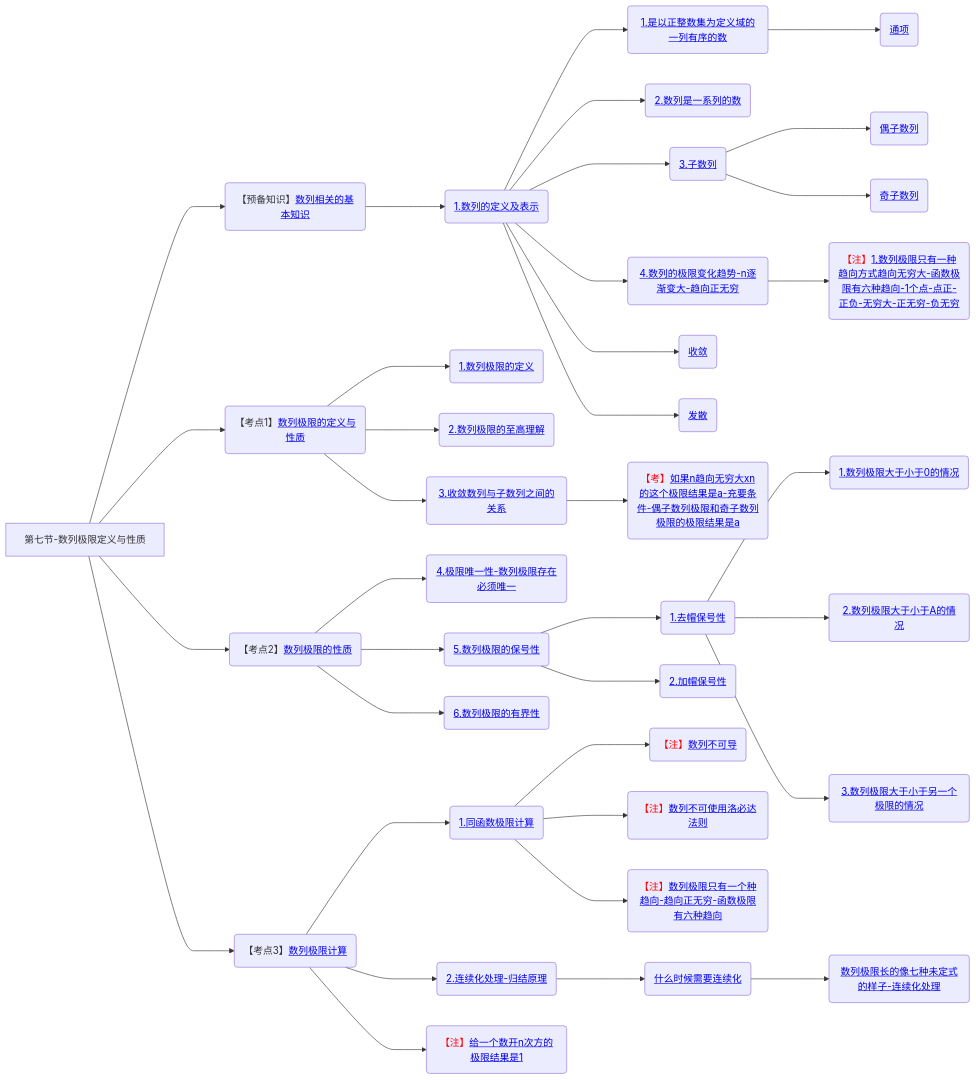
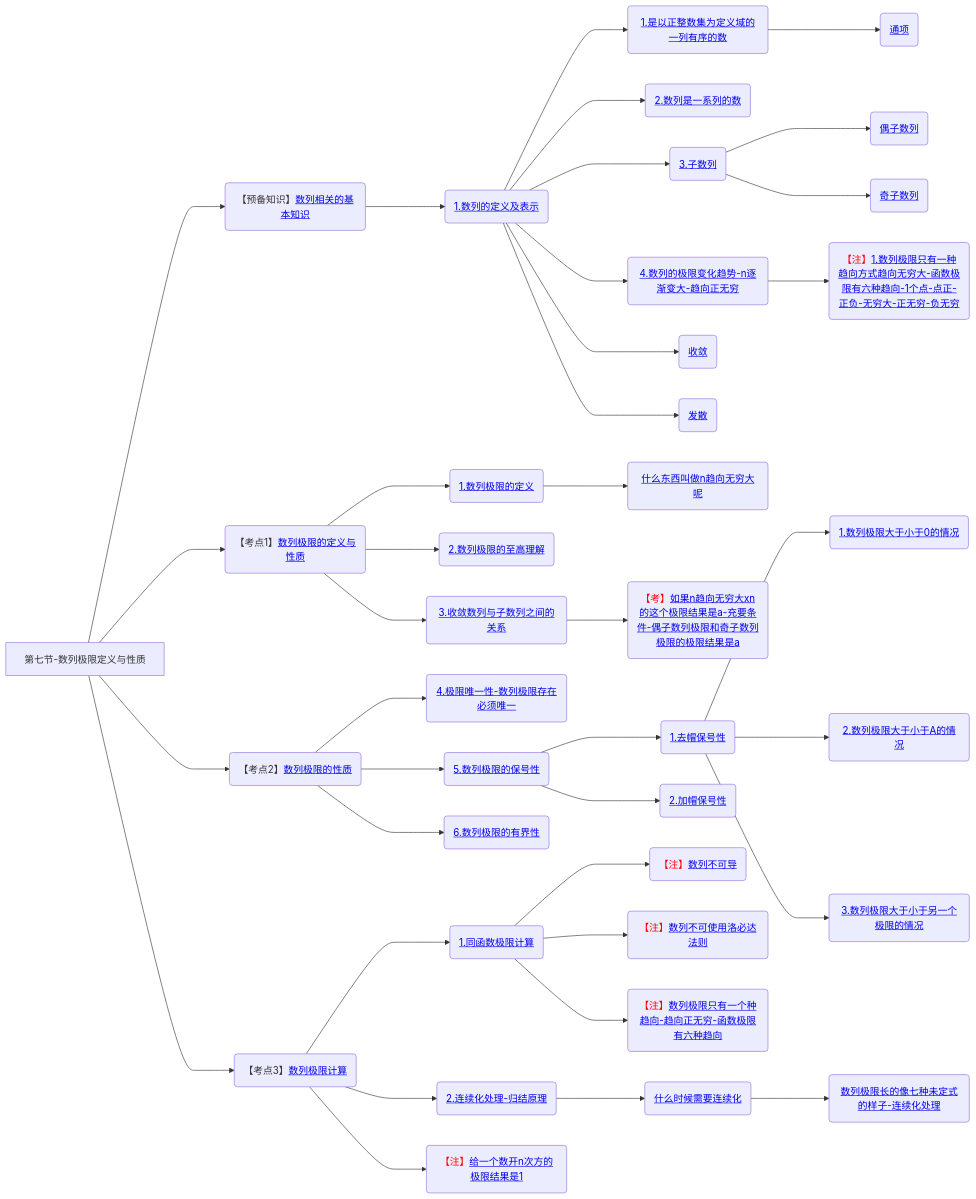
Before and after one commit to yuebinghui/note: the seventh of 7 diagrams in 笔记/数学/周洋鑫/01.基础班思维导图.md, drawn with Mermaid. The commit also changed 2 other files, not shown here.

Commit message:
Thu Oct 24 20:20:01 CST 2024

````diff
--- a/笔记/数学/周洋鑫/01.基础班思维导图.md
+++ b/笔记/数学/周洋鑫/01.基础班思维导图.md
@@ -255,50 +255,51 @@
 ```mermaid
 graph LR
 第七节-数列极限定义与性质
 
 第七节-数列极限定义与性质--->数列相关的基本知识(【预备知识】<a href="/Users/yuebinghui/Documents/program/github/note/笔记/数学/周洋鑫/基础班/07.数列极限定义与性质.md#数列相关的基本知识">数列相关的基本知识</>)
 数列相关的基本知识--->1.数列的定义及表示(<a href="/Users/yuebinghui/Documents/program/github/note/笔记/数学/周洋鑫/基础班/07.数列极限定义与性质.md#1.数列的定义及表示">1.数列的定义及表示</>)
 1.数列的定义及表示--->1.是以正整数集为定义域的一列有序的数(<a href="/Users/yuebinghui/Documents/program/github/note/笔记/数学/周洋鑫/基础班/07.数列极限定义与性质.md#1.是以正整数集为定义域的一列有序的数">1.是以正整数集为定义域的一列有序的数</>)
 1.是以正整数集为定义域的一列有序的数--->通项(<a href="/Users/yuebinghui/Documents/program/github/note/笔记/数学/周洋鑫/基础班/07.数列极限定义与性质.md#通项">通项</>)
 
 1.数列的定义及表示--->2.数列是一系列的数(<a href="/Users/yuebinghui/Documents/program/github/note/笔记/数学/周洋鑫/基础班/07.数列极限定义与性质.md#2.数列是一系列的数">2.数列是一系列的数</>)
 
 1.数列的定义及表示--->3.子数列(<a href="/Users/yuebinghui/Documents/program/github/note/笔记/数学/周洋鑫/基础班/07.数列极限定义与性质.md#3.子数列">3.子数列</>)
 3.子数列--->偶子数列(<a href="/Users/yuebinghui/Documents/program/github/note/笔记/数学/周洋鑫/基础班/07.数列极限定义与性质.md#偶子数列">偶子数列</>)
 3.子数列--->奇子数列(<a href="/Users/yuebinghui/Documents/program/github/note/笔记/数学/周洋鑫/基础班/07.数列极限定义与性质.md#奇子数列">奇子数列</>)
 
 1.数列的定义及表示--->4.数列的极限变化趋势-n逐渐变大-趋向正无穷(<a href="/Users/yuebinghui/Documents/program/github/note/笔记/数学/周洋鑫/基础班/07.数列极限定义与性质.md#4.数列的极限变化趋势-n逐渐变大-趋向正无穷">4.数列的极限变化趋势-n逐渐变大-趋向正无穷</>)
 4.数列的极限变化趋势-n逐渐变大-趋向正无穷--->1.数列极限只有一种趋向方式趋向无穷大-函数极限有六种趋向-1个点-点正-正负-无穷大-正无穷-负无穷(<span style="color:red">【注】</span><a href="/Users/yuebinghui/Documents/program/github/note/笔记/数学/周洋鑫/基础班/07.数列极限定义与性质.md#1.数列极限只有一种趋向方式趋向无穷大-函数极限有六种趋向-1个点-点正-正负-无穷大-正无穷-负无穷">1.数列极限只有一种趋向方式趋向无穷大-函数极限有六种趋向-1个点-点正-正负-无穷大-正无穷-负无穷</>)
 1.数列的定义及表示--->收敛(<a href="/Users/yuebinghui/Documents/program/github/note/笔记/数学/周洋鑫/基础班/07.数列极限定义与性质.md#收敛">收敛</>)
 1.数列的定义及表示--->发散(<a href="/Users/yuebinghui/Documents/program/github/note/笔记/数学/周洋鑫/基础班/07.数列极限定义与性质.md#发散">发散</>)
 
 
 第七节-数列极限定义与性质--->数列极限的定义与性质(【考点1】<a href="/Users/yuebinghui/Documents/program/github/note/笔记/数学/周洋鑫/基础班/07.数列极限定义与性质.md#数列极限的定义与性质">数列极限的定义与性质</>)
 数列极限的定义与性质--->1.数列极限的定义(<a href="/Users/yuebinghui/Documents/program/github/note/笔记/数学/周洋鑫/基础班/07.数列极限定义与性质.md#1.数列极限的定义">1.数列极限的定义</>)
+1.数列极限的定义--->什么东西叫做n趋向无穷大呢(<a href="/Users/yuebinghui/Documents/program/github/note/笔记/数学/周洋鑫/基础班/07.数列极限定义与性质.md#什么东西叫做n趋向无穷大呢">什么东西叫做n趋向无穷大呢</>)
 数列极限的定义与性质--->2.数列极限的至高理解(<a href="/Users/yuebinghui/Documents/program/github/note/笔记/数学/周洋鑫/基础班/07.数列极限定义与性质.md#2.数列极限的至高理解">2.数列极限的至高理解</>)
 数列极限的定义与性质--->3.收敛数列与子数列之间的关系(<a href="/Users/yuebinghui/Documents/program/github/note/笔记/数学/周洋鑫/基础班/07.数列极限定义与性质.md#3.收敛数列与子数列之间的关系">3.收敛数列与子数列之间的关系</>)
 3.收敛数列与子数列之间的关系--->如果n趋向无穷大xn的这个极限结果是a-充要条件-偶子数列极限和奇子数列极限的极限结果是a(<span style="color:red">【考】</span><a href="/Users/yuebinghui/Documents/program/github/note/笔记/数学/周洋鑫/基础班/07.数列极限定义与性质.md#如果n趋向无穷大xn的这个极限结果是a-充要条件-偶子数列极限和奇子数列极限的极限结果是a">如果n趋向无穷大xn的这个极限结果是a-充要条件-偶子数列极限和奇子数列极限的极限结果是a</>)
 
 第七节-数列极限定义与性质--->数列极限的性质(【考点2】<a href="/Users/yuebinghui/Documents/program/github/note/笔记/数学/周洋鑫/基础班/07.数列极限定义与性质.md#数列极限的性质">数列极限的性质</>)
 数列极限的性质--->4.极限唯一性-数列极限存在必须唯一(<a href="/Users/yuebinghui/Documents/program/github/note/笔记/数学/周洋鑫/基础班/07.数列极限定义与性质.md#4.极限唯一性-数列极限存在必须唯一">4.极限唯一性-数列极限存在必须唯一</>)
 数列极限的性质--->5.数列极限的保号性(<a href="/Users/yuebinghui/Documents/program/github/note/笔记/数学/周洋鑫/基础班/07.数列极限定义与性质.md#5.数列极限的保号性">5.数列极限的保号性</>)
 5.数列极限的保号性--->1.去帽保号性(<a href="/Users/yuebinghui/Documents/program/github/note/笔记/数学/周洋鑫/基础班/07.数列极限定义与性质.md#1.去帽保号性">1.去帽保号性</>)
 1.去帽保号性--->1.数列极限大于小于0的情况(<a href="/Users/yuebinghui/Documents/program/github/note/笔记/数学/周洋鑫/基础班/07.数列极限定义与性质.md#1.数列极限大于小于0的情况">1.数列极限大于小于0的情况</>)
 1.去帽保号性--->2.数列极限大于小于A的情况(<a href="/Users/yuebinghui/Documents/program/github/note/笔记/数学/周洋鑫/基础班/07.数列极限定义与性质.md#2.数列极限大于小于A的情况">2.数列极限大于小于A的情况</>)
 1.去帽保号性--->3.数列极限大于小于另一个极限的情况(<a href="/Users/yuebinghui/Documents/program/github/note/笔记/数学/周洋鑫/基础班/07.数列极限定义与性质.md#3.数列极限大于小于另一个极限的情况">3.数列极限大于小于另一个极限的情况</>)
 5.数列极限的保号性--->2.加帽保号性(<a href="/Users/yuebinghui/Documents/program/github/note/笔记/数学/周洋鑫/基础班/07.数列极限定义与性质.md#2.加帽保号性">2.加帽保号性</>)
 数列极限的性质--->6.数列极限的有界性(<a href="/Users/yuebinghui/Documents/program/github/note/笔记/数学/周洋鑫/基础班/07.数列极限定义与性质.md#6.数列极限的有界性">6.数列极限的有界性</>)
 
 第七节-数列极限定义与性质--->数列极限计算(【考点3】<a href="/Users/yuebinghui/Documents/program/github/note/笔记/数学/周洋鑫/基础班/07.数列极限定义与性质.md#数列极限计算">数列极限计算</>)
 数列极限计算--->1.同函数极限计算(<a href="/Users/yuebinghui/Documents/program/github/note/笔记/数学/周洋鑫/基础班/07.数列极限定义与性质.md#1.同函数极限计算">1.同函数极限计算</>)
 1.同函数极限计算--->数列不可导(<span style="color:red">【注】</span><a href="/Users/yuebinghui/Documents/program/github/note/笔记/数学/周洋鑫/基础班/07.数列极限定义与性质.md#数列不可导">数列不可导</>)
 1.同函数极限计算--->数列不可使用洛必达法则(<span style="color:red">【注】</span><a href="/Users/yuebinghui/Documents/program/github/note/笔记/数学/周洋鑫/基础班/07.数列极限定义与性质.md#数列不可使用洛必达法则">数列不可使用洛必达法则</>)
 1.同函数极限计算--->数列极限只有一个种趋向-趋向正无穷-函数极限有六种趋向(<span style="color:red">【注】</span><a href="/Users/yuebinghui/Documents/program/github/note/笔记/数学/周洋鑫/基础班/07.数列极限定义与性质.md#数列极限只有一个种趋向-趋向正无穷-函数极限有六种趋向">数列极限只有一个种趋向-趋向正无穷-函数极限有六种趋向</>)
 
 数列极限计算--->2.连续化处理-归结原理(<a href="/Users/yuebinghui/Documents/program/github/note/笔记/数学/周洋鑫/基础班/07.数列极限定义与性质.md#2.连续化处理-归结原理">2.连续化处理-归结原理</>)
 2.连续化处理-归结原理--->什么时候需要连续化(<a href="/Users/yuebinghui/Documents/program/github/note/笔记/数学/周洋鑫/基础班/07.数列极限定义与性质.md#什么时候需要连续化">什么时候需要连续化</>)
 什么时候需要连续化--->数列极限长的像七种未定式的样子-连续化处理(<a href="/Users/yuebinghui/Documents/program/github/note/笔记/数学/周洋鑫/基础班/07.数列极限定义与性质.md#数列极限长的像七种未定式的样子-连续化处理">数列极限长的像七种未定式的样子-连续化处理</>)
 数列极限计算--->给一个数开n次方的极限结果是1(<span style="color:red">【注】</span><a href="/Users/yuebinghui/Documents/program/github/note/笔记/数学/周洋鑫/基础班/07.数列极限定义与性质.md#给一个数开n次方的极限结果是1">给一个数开n次方的极限结果是1</>)
 
 
 ```
````
